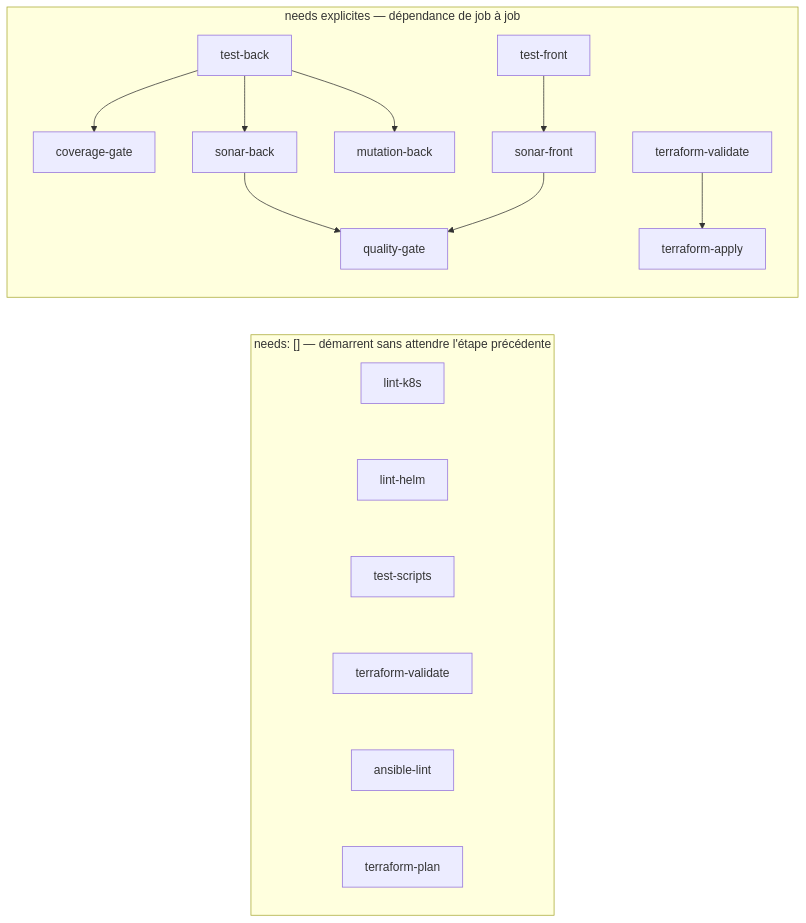
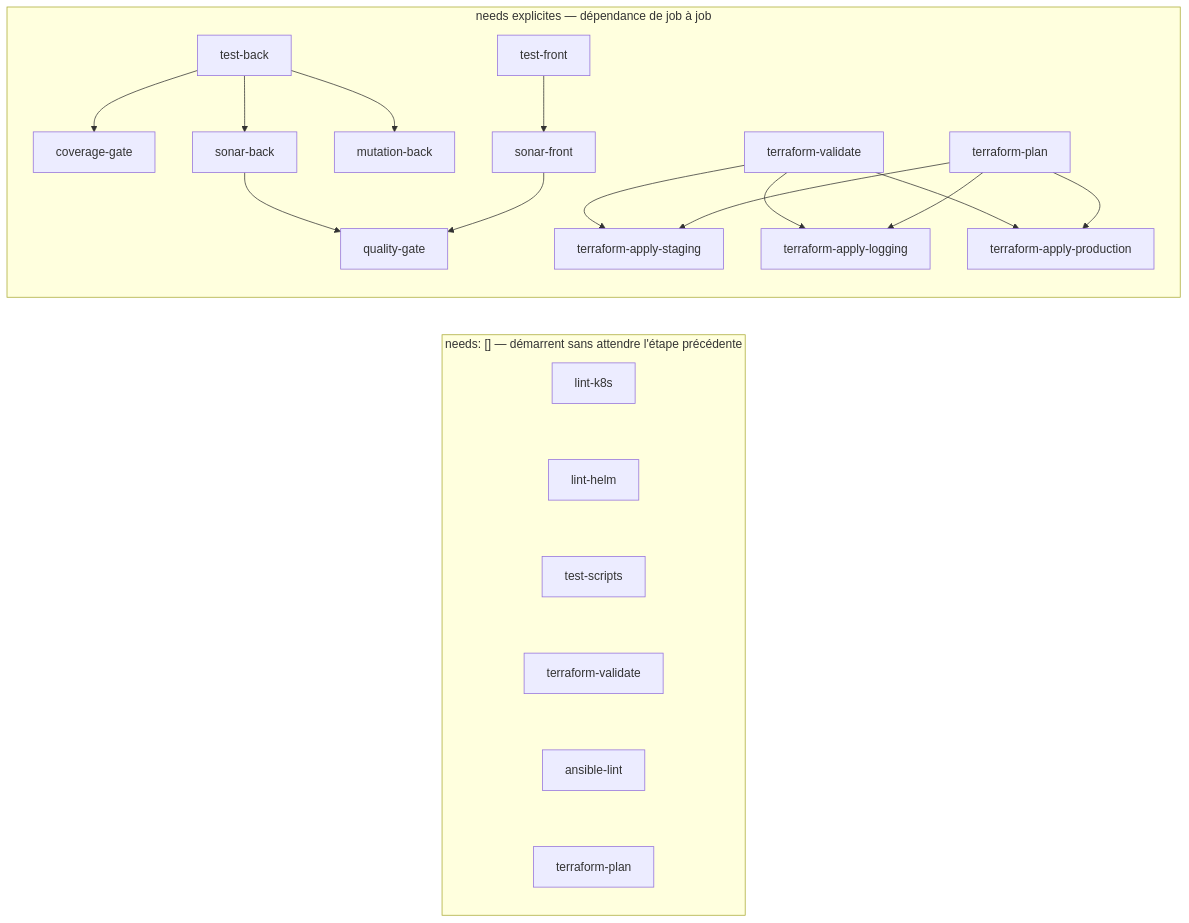
One commit to TedPasquiet/G-rez-le-cycle-de-vie-de-d-veloppement-logiciel changed the second of 3 diagrams in docs/pipeline-ci.md. Above: the diagram before and after it, drawn with Mermaid. The commit also changed other lines of this file and 23 other files, not shown here.

````diff
--- a/docs/pipeline-ci.md
+++ b/docs/pipeline-ci.md
@@ -60,15 +60,20 @@
 ```mermaid
 flowchart LR
     subgraph A["needs: [] — démarrent sans attendre l'étape précédente"]
         a1["lint-k8s"] ~~~ a2["lint-helm"] ~~~ a3["test-scripts"] ~~~ a4["terraform-validate"] ~~~ a5["ansible-lint"] ~~~ a6["terraform-plan"]
     end
     subgraph B["needs explicites — dépendance de job à job"]
         tb["test-back"] --> cg["coverage-gate"]
         tb --> sb["sonar-back"]
         tb --> mb["mutation-back"]
         tf["test-front"] --> sf["sonar-front"]
         sb --> qg["quality-gate"]
         sf --> qg
-        tval["terraform-validate"] --> tapp["terraform-apply"]
+        tval["terraform-validate"] --> tas["terraform-apply-staging"]
+        tval --> tal["terraform-apply-logging"]
+        tval --> tap["terraform-apply-production"]
+        tpl["terraform-plan"] --> tas
+        tpl --> tal
+        tpl --> tap
     end
 ```
````
